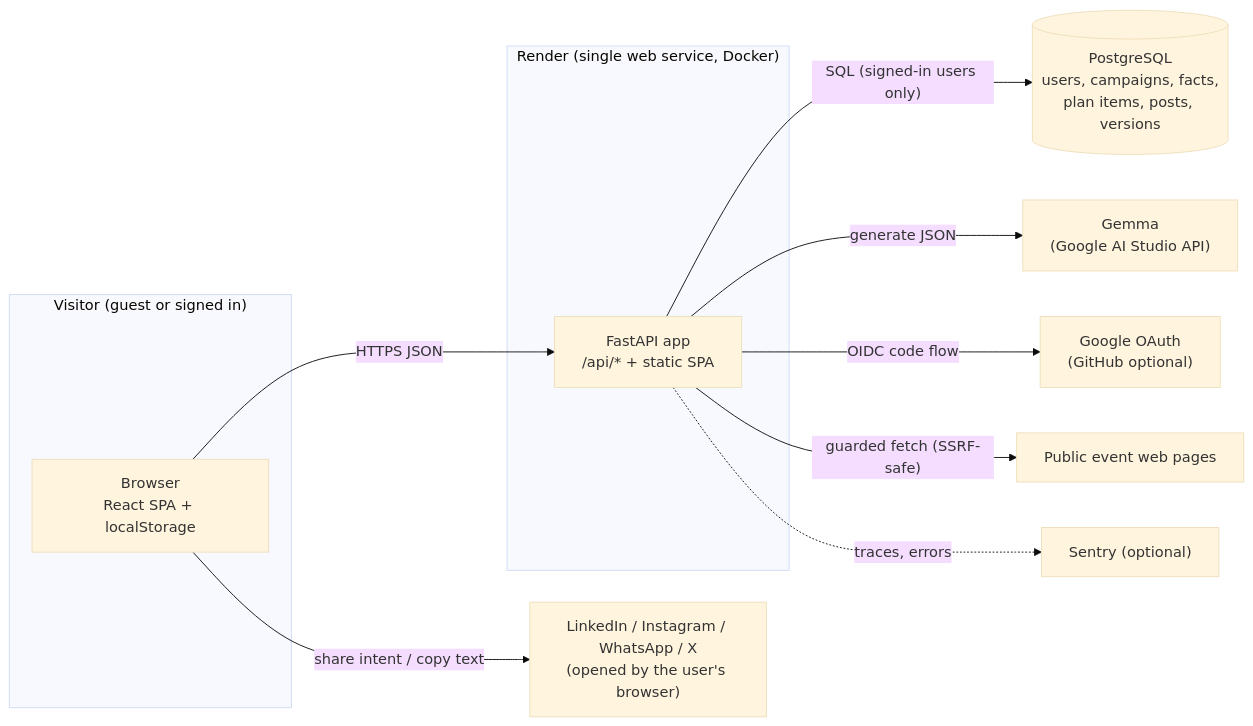
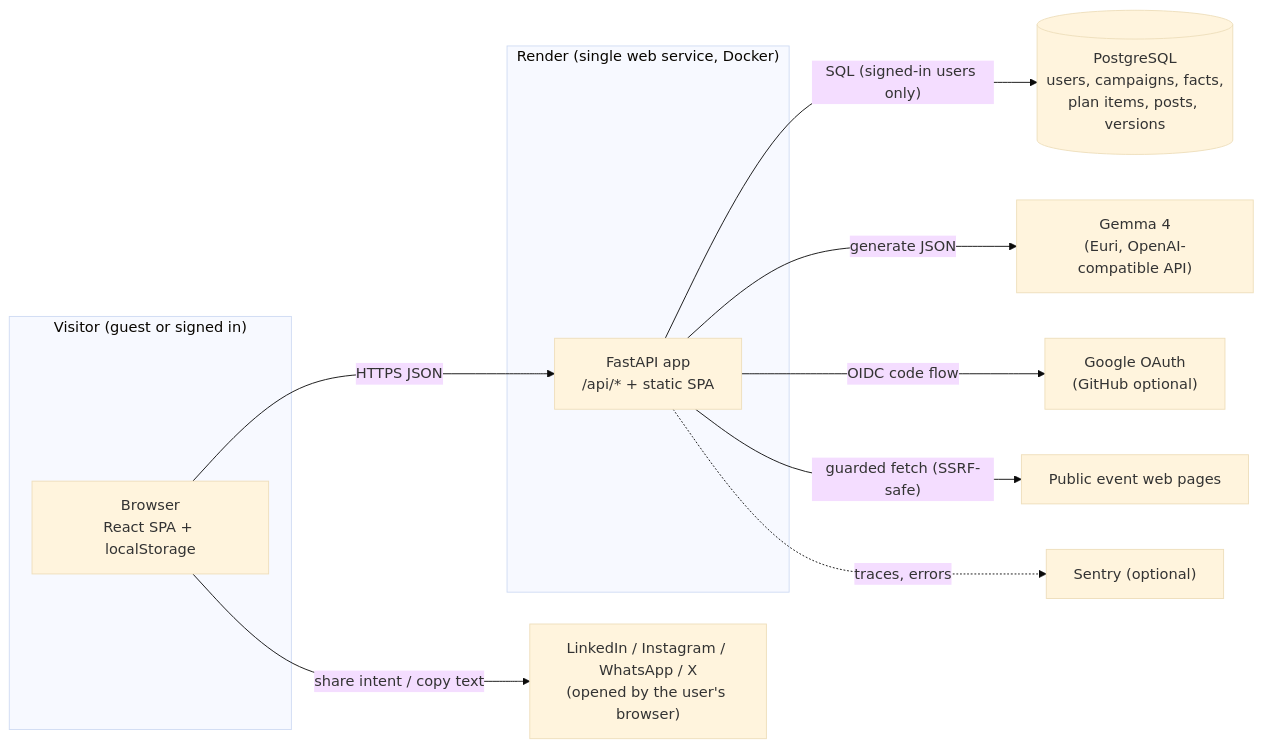
The first of 7 diagrams in docs/ARCHITECTURE.md (SamChawla/campaory), drawn with Mermaid (base theme) before and after one commit. The commit also changed other lines of this file and 4 other files, not shown here.

Commit message:
docs: Euri replaces AI Studio across docs; status after M2 to M4

````diff
--- a/docs/ARCHITECTURE.md
+++ b/docs/ARCHITECTURE.md
@@ -7,25 +7,25 @@
 ```mermaid
 flowchart LR
     subgraph Visitor["Visitor (guest or signed in)"]
         B["Browser<br/>React SPA + localStorage"]
     end
 
     subgraph Render["Render (single web service, Docker)"]
         API["FastAPI app<br/>/api/*  +  static SPA"]
     end
 
     DB[("PostgreSQL<br/>users, campaigns, facts,<br/>plan items, posts, versions")]
-    LLM["Gemma<br/>(Google AI Studio API)"]
+    LLM["Gemma 4<br/>(Euri, OpenAI-compatible API)"]
     OAUTH["Google OAuth<br/>(GitHub optional)"]
     WEB["Public event web pages"]
     SENTRY["Sentry (optional)"]
     SOCIAL["LinkedIn / Instagram / WhatsApp / X<br/>(opened by the user's browser)"]
 
     B -- "HTTPS JSON" --> API
     API -- "SQL (signed-in users only)" --> DB
     API -- "generate JSON" --> LLM
     API -- "OIDC code flow" --> OAUTH
     API -- "guarded fetch (SSRF-safe)" --> WEB
     API -. "traces, errors" .-> SENTRY
     B -- "share intent / copy text" --> SOCIAL
 ```
````
